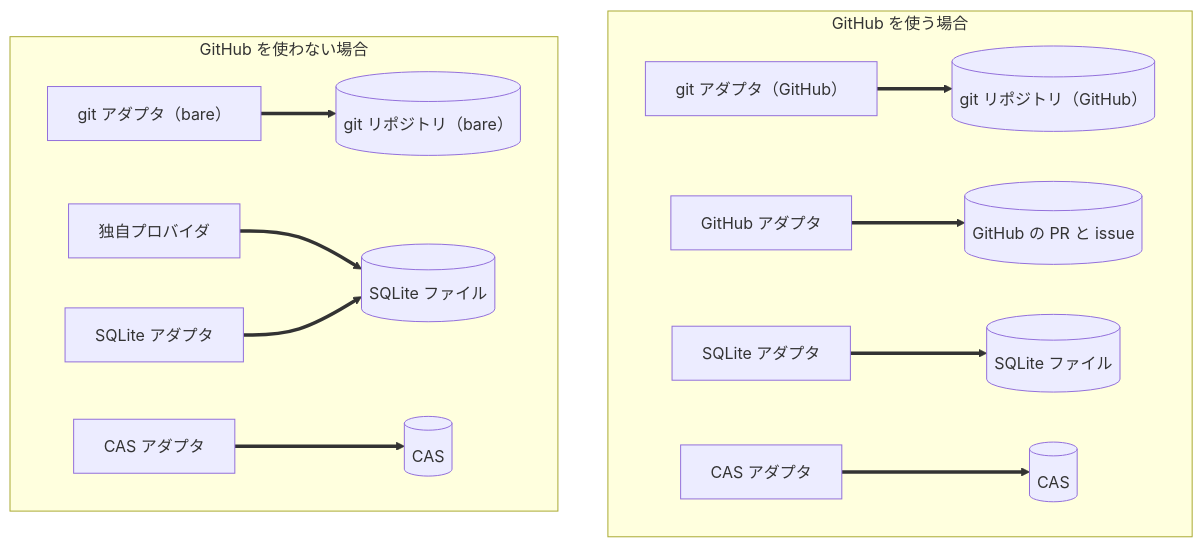
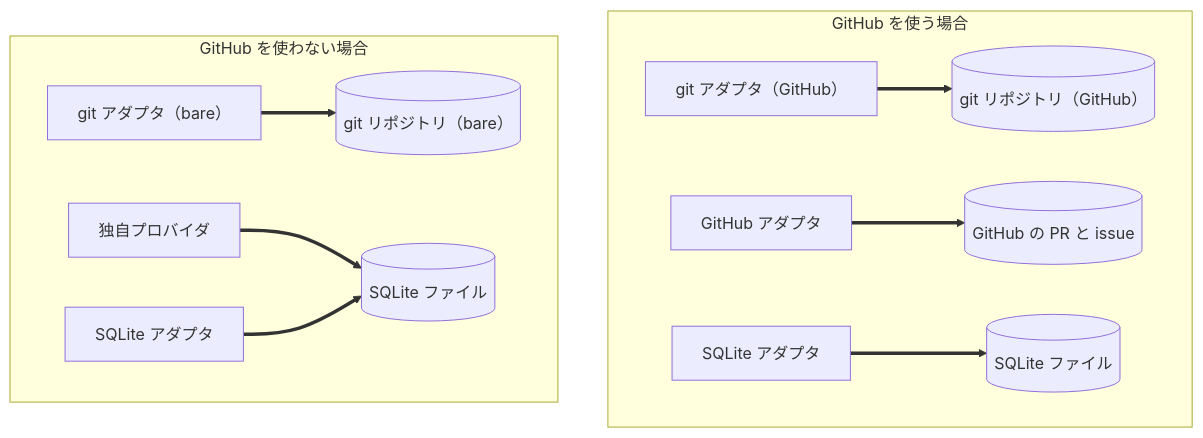
Before and after one commit to yamambainc/logiforge: the diagram in design/adapters/README.md, drawn with Mermaid. The commit also changed other lines of this file and 29 other files, not shown here.

````diff
--- a/design/adapters/README.md
+++ b/design/adapters/README.md
@@ -18,15 +17,13 @@
 ```mermaid
 flowchart TB
   subgraph G["GitHub を使う場合"]
     G1["git アダプタ（GitHub）"] ==> G1D[("git リポジトリ（GitHub）")]
     G2["GitHub アダプタ"] ==> G2D[("GitHub の PR と issue")]
     G3["SQLite アダプタ"] ==> G3D[("SQLite ファイル")]
-    G4["CAS アダプタ"] ==> G4D[("CAS")]
   end
   subgraph N["GitHub を使わない場合"]
     N1["git アダプタ（bare）"] ==> N1D[("git リポジトリ（bare）")]
     N2["独自プロバイダ"] ==> N3D[("SQLite ファイル")]
     N3["SQLite アダプタ"] ==> N3D
-    N4["CAS アダプタ"] ==> N4D[("CAS")]
   end
 ```
````
